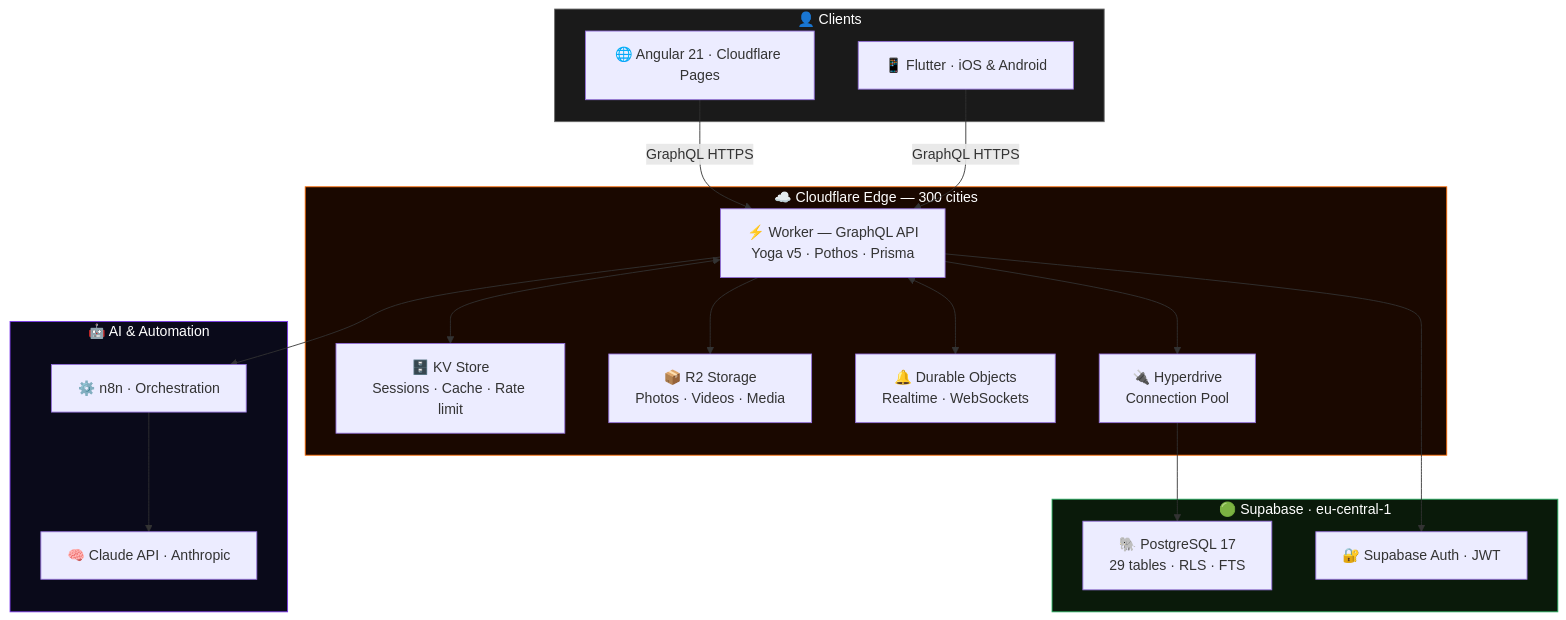
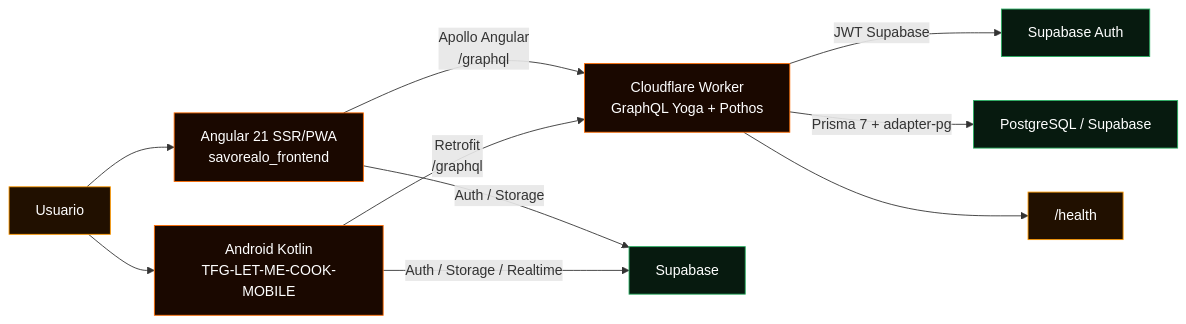
The first of 2 diagrams in README.md (savorealo/savorealo), drawn with Mermaid before and after one commit. The commit also changed other lines of this file and 10 other files, not shown here.

````diff
--- a/README.md
+++ b/README.md
@@ -153,39 +142,19 @@
 ```mermaid
-graph TD
-  subgraph C["👤 Clients"]
-    WEB["🌐 Angular 21 · Cloudflare Pages"]
-    MOB["📱 Flutter · iOS & Android"]
-  end
+flowchart LR
+  U["Usuario"] --> A["Angular 21 SSR/PWA<br/>savorealo_frontend"]
+  U --> M["Android Kotlin<br/>TFG-LET-ME-COOK-MOBILE"]
+  A -->|Apollo Angular<br/>/graphql| W["Cloudflare Worker<br/>GraphQL Yoga + Pothos"]
+  M -->|Retrofit<br/>/graphql| W
+  A -->|Auth / Storage| S["Supabase"]
+  M -->|Auth / Storage / Realtime| S
+  W -->|JWT Supabase| AUTH["Supabase Auth"]
+  W -->|Prisma 7 + adapter-pg| DB["PostgreSQL / Supabase"]
+  W --> H["/health"]
 
-  subgraph CF["☁️ Cloudflare Edge — 300 cities"]
-    WORKER["⚡ Worker — GraphQL API\nYoga v5 · Pothos · Prisma"]
-    KV["🗄️ KV Store\nSessions · Cache · Rate limit"]
-    R2["📦 R2 Storage\nPhotos · Videos · Media"]
-    DO["🔔 Durable Objects\nRealtime · WebSockets"]
-    HYP["🔌 Hyperdrive\nConnection Pool"]
-  end
-
-  subgraph SB["🟢 Supabase · eu-central-1"]
-    PG["🐘 PostgreSQL 17\n29 tables · RLS · FTS"]
-    AUTH["🔐 Supabase Auth · JWT"]
-  end
-
-  subgraph AI["🤖 AI & Automation"]
-    N8N["⚙️ n8n · Orchestration"]
-    CLAUDE["🧠 Claude API · Anthropic"]
-  end
-
-  WEB -->|GraphQL HTTPS| WORKER
-  MOB -->|GraphQL HTTPS| WORKER
-  WORKER <--> KV
-  WORKER --> R2
-  WORKER <--> DO
-  WORKER --> HYP --> PG
-  WORKER --> AUTH
-  WORKER --> N8N --> CLAUDE
-
-  style CF fill:#1a0800,stroke:#FF6B00,color:#fff
-  style SB fill:#0a1a0a,stroke:#27ae60,color:#fff
-  style AI fill:#0a0a1a,stroke:#7c3aed,color:#fff
-  style C fill:#1a1a1a,stroke:#666,color:#fff
+  classDef orange fill:#1a0800,stroke:#ff6b00,color:#fff;
+  classDef amber fill:#211000,stroke:#ff9a00,color:#fff;
+  classDef green fill:#071a0f,stroke:#27ae60,color:#fff;
+  class A,M,W orange;
+  class DB,S,AUTH green;
+  class U,H amber;
 ```
````
